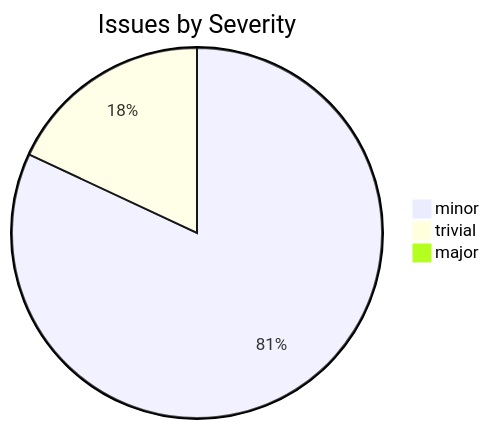
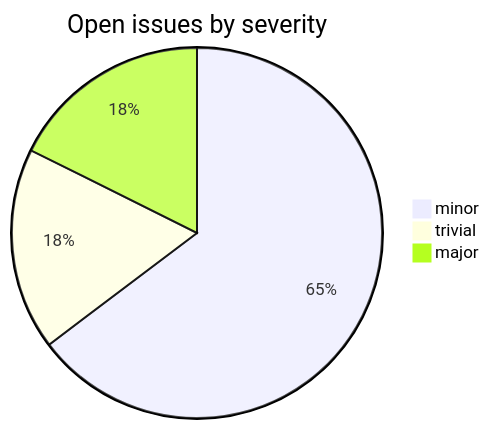
One commit to sanskrit-lexicon/csl-orig changed the second of 2 diagrams in README.md. Above: the diagram before and after it, drawn with Mermaid. The commit also changed other lines of this file, not shown here.

````diff
--- a/README.md
+++ b/README.md
@@ -29,6 +38,6 @@
 ```mermaid
-pie title Issues by Severity
-    "minor" : 100
-    "trivial" : 22
-    "major" : 1
+pie title Open issues by severity
+    "minor" : 44
+    "trivial" : 12
+    "major" : 12
 ```
````
